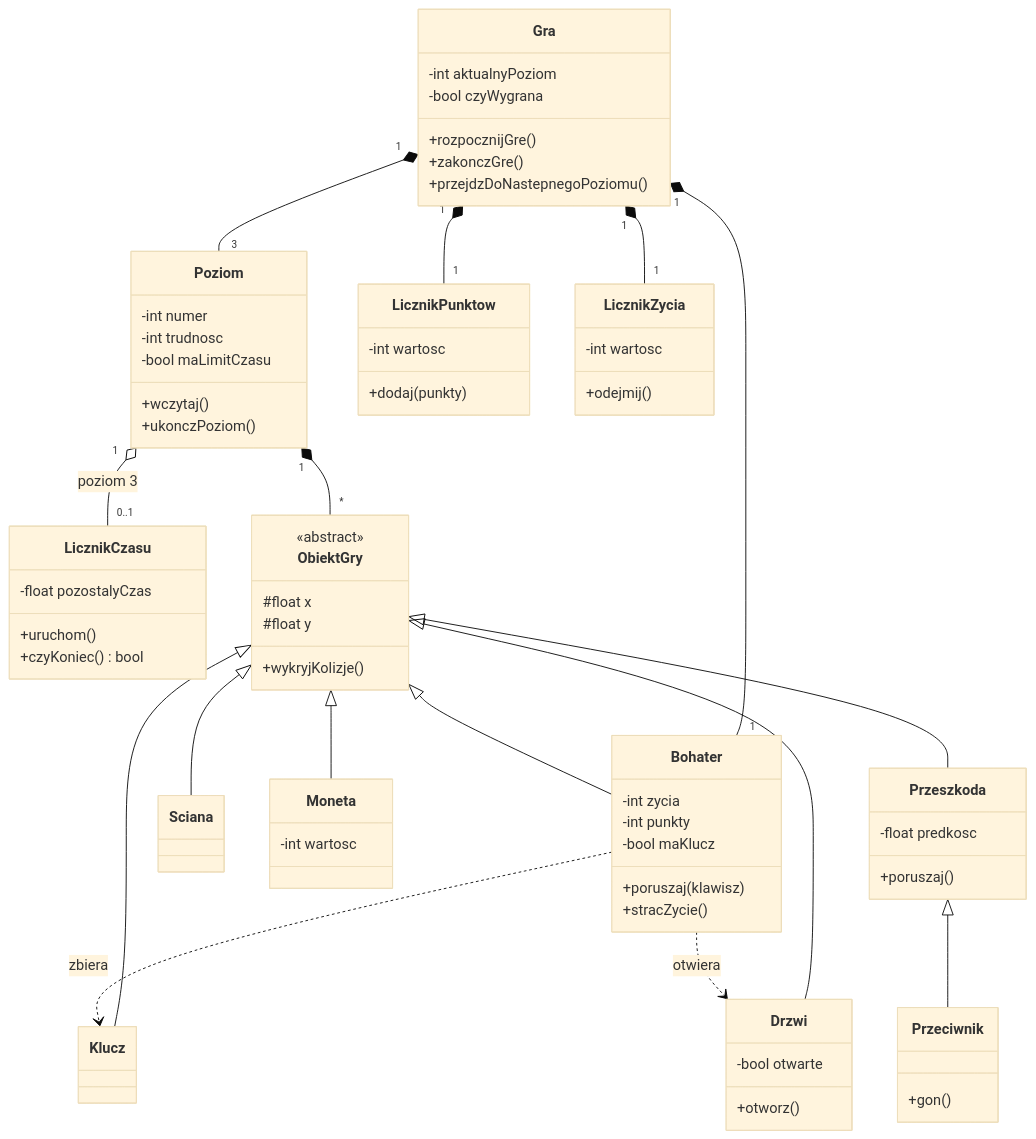
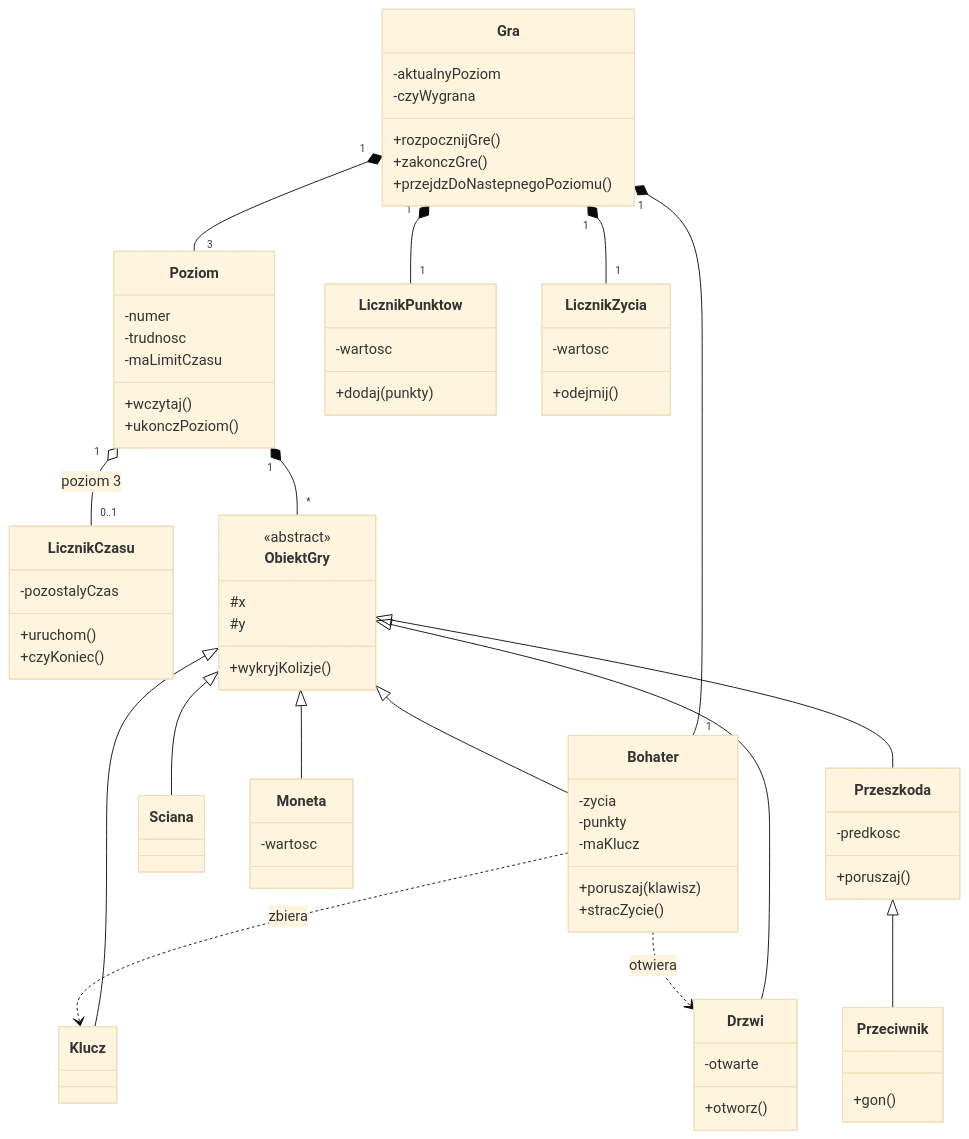
One commit to damian1726/cokowliek changed the diagram in DiagramKlas.md. Above: the diagram before and after it, drawn with Mermaid (base theme).

```diff
--- a/DiagramKlas.md
+++ b/DiagramKlas.md
@@ -3,63 +3,63 @@
     direction TB
 
     class Gra {
-        -int aktualnyPoziom
-        -bool czyWygrana
+        -aktualnyPoziom
+        -czyWygrana
         +rozpocznijGre()
         +zakonczGre()
         +przejdzDoNastepnegoPoziomu()
     }
 
     class Poziom {
-        -int numer
-        -int trudnosc
-        -bool maLimitCzasu
+        -numer
+        -trudnosc
+        -maLimitCzasu
         +wczytaj()
         +ukonczPoziom()
     }
 
     class LicznikPunktow {
-        -int wartosc
+        -wartosc
         +dodaj(punkty)
     }
 
     class LicznikZycia {
-        -int wartosc
+        -wartosc
         +odejmij()
     }
 
     class LicznikCzasu {
-        -float pozostalyCzas
+        -pozostalyCzas
         +uruchom()
-        +czyKoniec() bool
+        +czyKoniec()
     }
 
     class ObiektGry {
         <<abstract>>
-        #float x
-        #float y
+        #x
+        #y
         +wykryjKolizje()
     }
 
     class Bohater {
-        -int zycia
-        -int punkty
-        -bool maKlucz
+        -zycia
+        -punkty
+        -maKlucz
         +poruszaj(klawisz)
         +stracZycie()
     }
 
     class Sciana
     class Moneta {
-        -int wartosc
+        -wartosc
     }
     class Klucz
     class Drzwi {
-        -bool otwarte
+        -otwarte
         +otworz()
     }
     class Przeszkoda {
-        -float predkosc
+        -predkosc
         +poruszaj()
     }
     class Przeciwnik {
```
